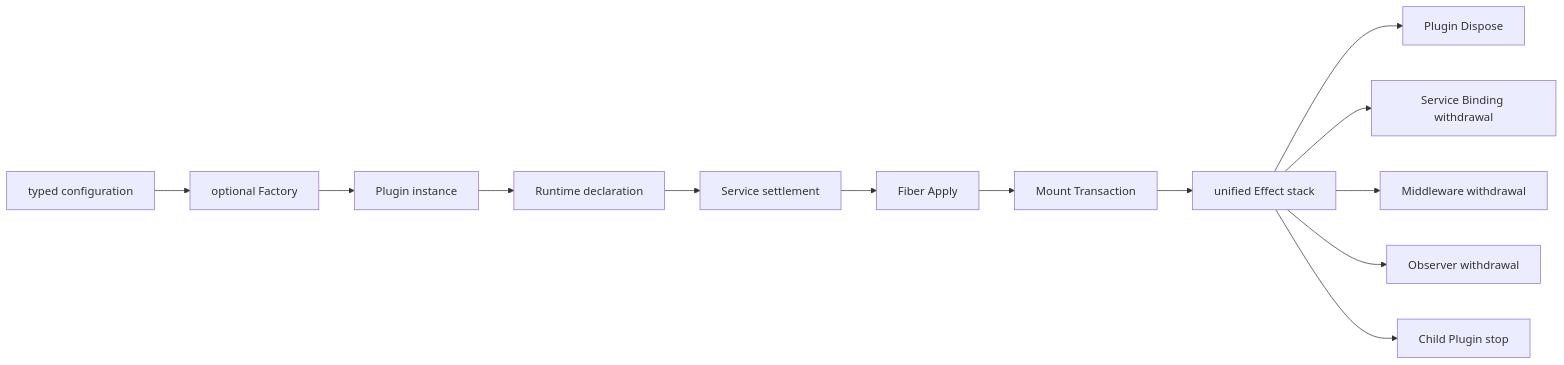
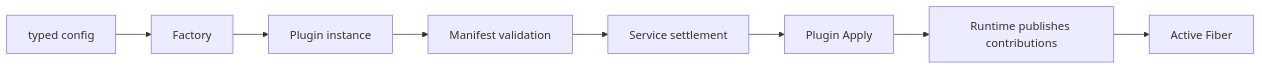
Before and after one commit to gorenx/goren: the first of 2 diagrams in plugin/README.zh-CN.md, drawn with Mermaid. The commit also changed other lines of this file and 2 other files, not shown here.

Commit message:
docs(plugin): align runtime design with implementation

````diff
--- a/plugin/README.zh-CN.md
+++ b/plugin/README.zh-CN.md
@@ -19,15 +21,10 @@
 ```mermaid
 flowchart LR
-    Configuration[typed configuration] --> Factory[optional Factory]
-    Factory --> Plugin[Plugin instance]
-    Plugin --> Runtime[Runtime declaration]
-    Runtime --> Settlement[Service settlement]
-    Settlement --> Fiber[Fiber Apply]
-    Fiber --> Mount[Mount Transaction]
-    Mount --> Effect[unified Effect stack]
-    Effect --> Lifecycle[Plugin Dispose]
-    Effect --> Service[Service Binding withdrawal]
-    Effect --> Waterfall[Middleware withdrawal]
-    Effect --> Event[Observer withdrawal]
-    Effect --> Child[Child Plugin stop]
+    Config[typed config] --> Factory[Factory]
+    Factory --> Instance[Plugin instance]
+    Instance --> Manifest[Manifest validation]
+    Manifest --> Settlement[Service settlement]
+    Settlement --> Apply[Plugin Apply]
+    Apply --> Publish[Runtime publishes contributions]
+    Publish --> Active[Active Fiber]
 ```
````
